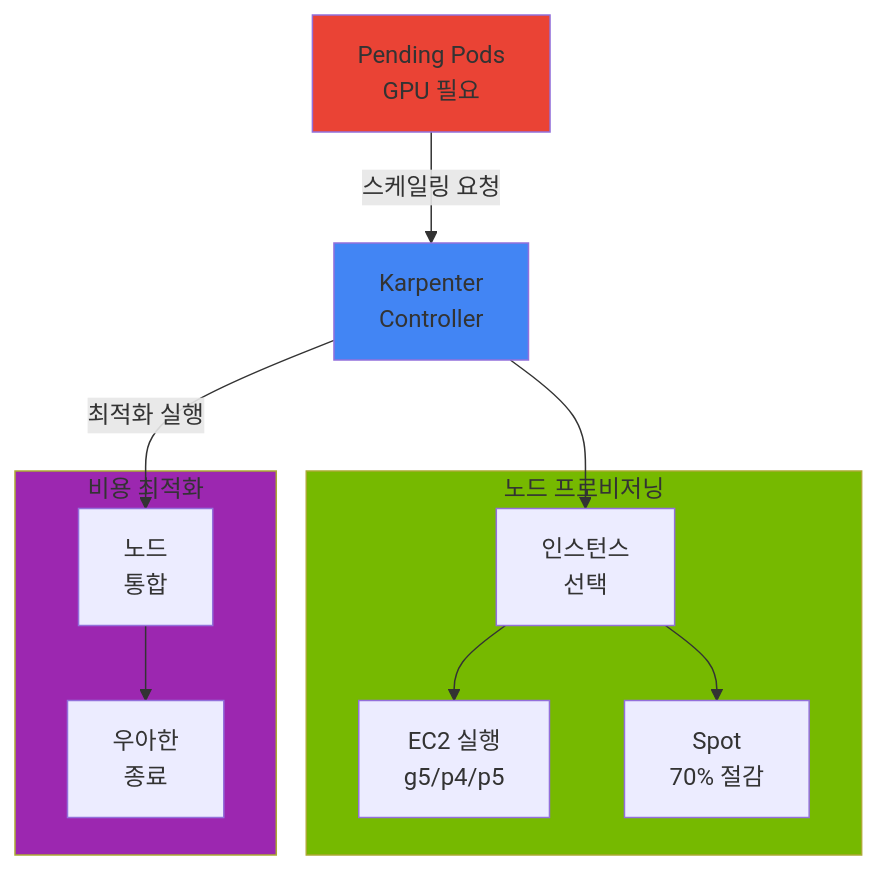
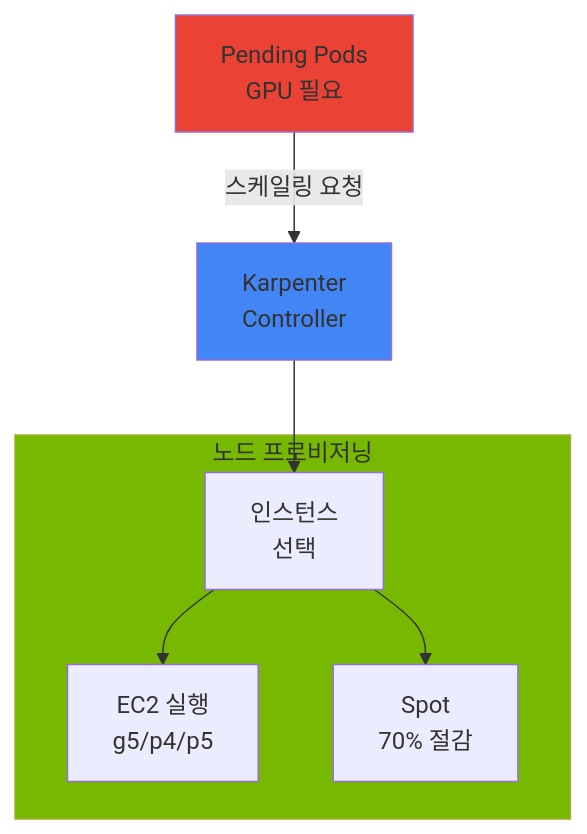
One commit to devfloor9/engineering-playbook changed the sixth of 6 diagrams in docs/agentic-ai-platform/reference-architecture/mlops-pipeline-eks.md. Above: the diagram before and after it, drawn with Mermaid. The commit also changed other lines of this file and 6 other files, not shown here.

````diff
--- a/docs/agentic-ai-platform/reference-architecture/mlops-pipeline-eks.md
+++ b/docs/agentic-ai-platform/reference-architecture/mlops-pipeline-eks.md
@@ -1152,29 +676,20 @@
 ```mermaid
 flowchart TB
     PENDING[Pending Pods<br/>GPU 필요]
     CONTROLLER[Karpenter<br/>Controller]
 
     subgraph Provisioning["노드 프로비저닝"]
         PROVISION[인스턴스<br/>선택]
         EC2[EC2 실행<br/>g5/p4/p5]
         SPOT[Spot<br/>70% 절감]
     end
 
-    subgraph Optimization["비용 최적화"]
-        CONSOLIDATION[노드<br/>통합]
-        TERMINATION[우아한<br/>종료]
-    end
-
     PENDING -->|스케일링 요청| CONTROLLER
     CONTROLLER --> PROVISION
     PROVISION --> EC2
     PROVISION --> SPOT
 
-    CONTROLLER -->|최적화 실행| CONSOLIDATION
-    CONSOLIDATION --> TERMINATION
-
     style PENDING fill:#ea4335
     style CONTROLLER fill:#4285f4
     style Provisioning fill:#76b900
-    style Optimization fill:#9c27b0
 ```
````
